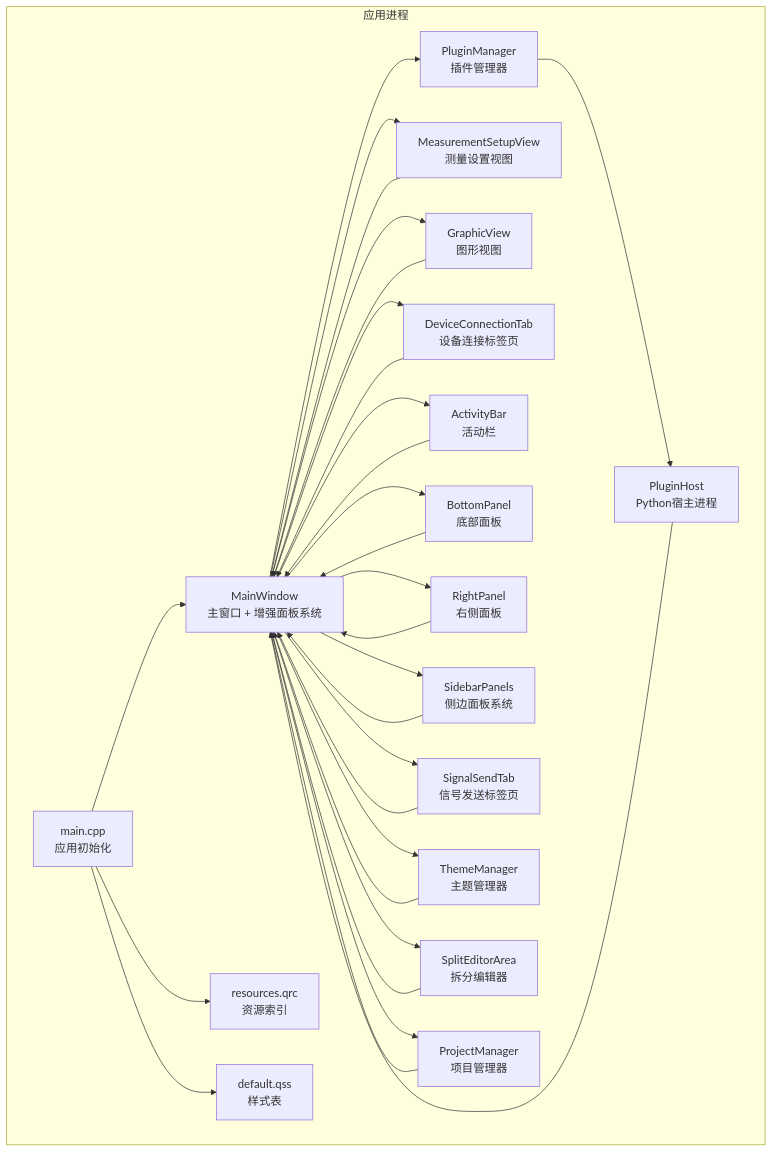
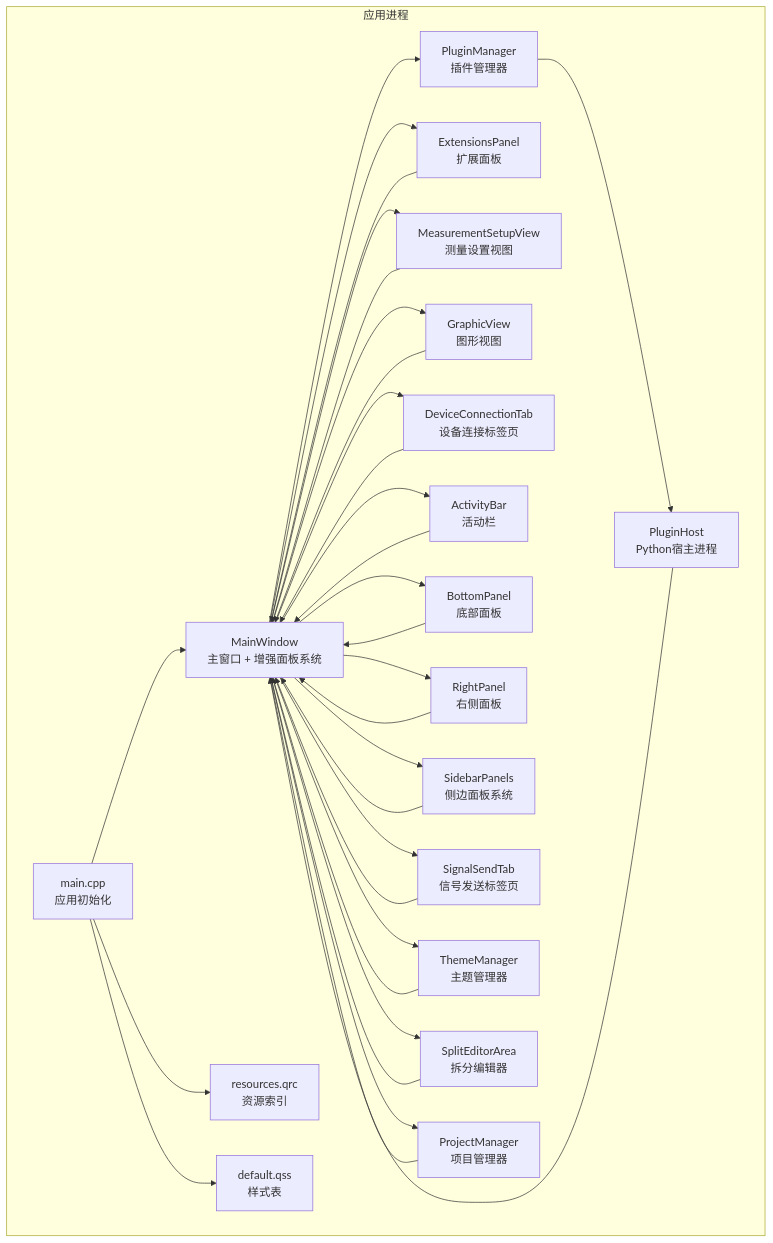
One commit to jakecai1225-design/OpenBus changed the second of 4 diagrams in .qoder/repowiki/zh/content/架构设计/主窗口组件架构.md. Above: the diagram before and after it, drawn with Mermaid. The commit also changed other lines of this file and 18 other files, not shown here.

````diff
--- a/.qoder/repowiki/zh/content/架构设计/主窗口组件架构.md
+++ b/.qoder/repowiki/zh/content/架构设计/主窗口组件架构.md
@@ -146,50 +149,53 @@
 ```mermaid
 graph TB
 subgraph "应用进程"
 M["main.cpp<br/>应用初始化"]
 MW["MainWindow<br/>主窗口 + 增强面板系统"]
 PM["PluginManager<br/>插件管理器"]
+EP["ExtensionsPanel<br/>扩展面板"]
 PH["PluginHost<br/>Python宿主进程"]
 MSV["MeasurementSetupView<br/>测量设置视图"]
 GV["GraphicView<br/>图形视图"]
 DCT["DeviceConnectionTab<br/>设备连接标签页"]
 AB["ActivityBar<br/>活动栏"]
 BP["BottomPanel<br/>底部面板"]
 RP["RightPanel<br/>右侧面板"]
 SP["SidebarPanels<br/>侧边面板系统"]
 ST["SignalSendTab<br/>信号发送标签页"]
 TM["ThemeManager<br/>主题管理器"]
 SEA["SplitEditorArea<br/>拆分编辑器"]
 PRM["ProjectManager<br/>项目管理器"]
 R["resources.qrc<br/>资源索引"]
 QSS["default.qss<br/>样式表"]
 end
 M --> MW
 M --> R
 M --> QSS
 MW --> PM
+MW --> EP
 PM --> PH
 MW --> MSV
 MW --> GV
 MW --> DCT
 MW --> AB
 MW --> BP
 MW --> RP
 MW --> SP
 MW --> ST
 MW --> TM
 MW --> SEA
 MW --> PRM
 MSV --> MW
 GV --> MW
 DCT --> MW
 AB --> MW
 BP --> MW
 RP --> MW
 SP --> MW
 ST --> MW
 TM --> MW
 SEA --> MW
 PRM --> MW
 PH --> MW
+EP --> MW
 ```
````
